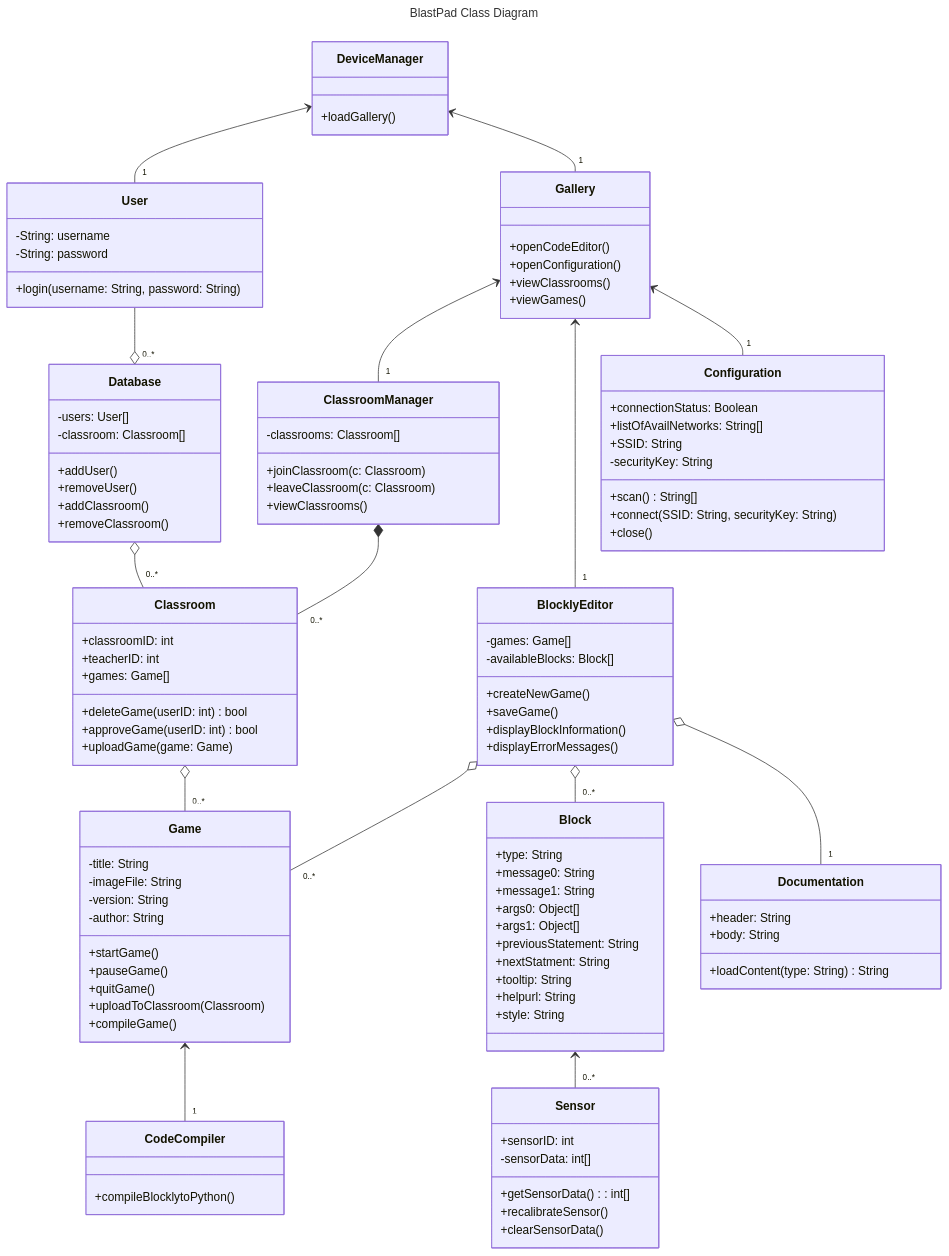
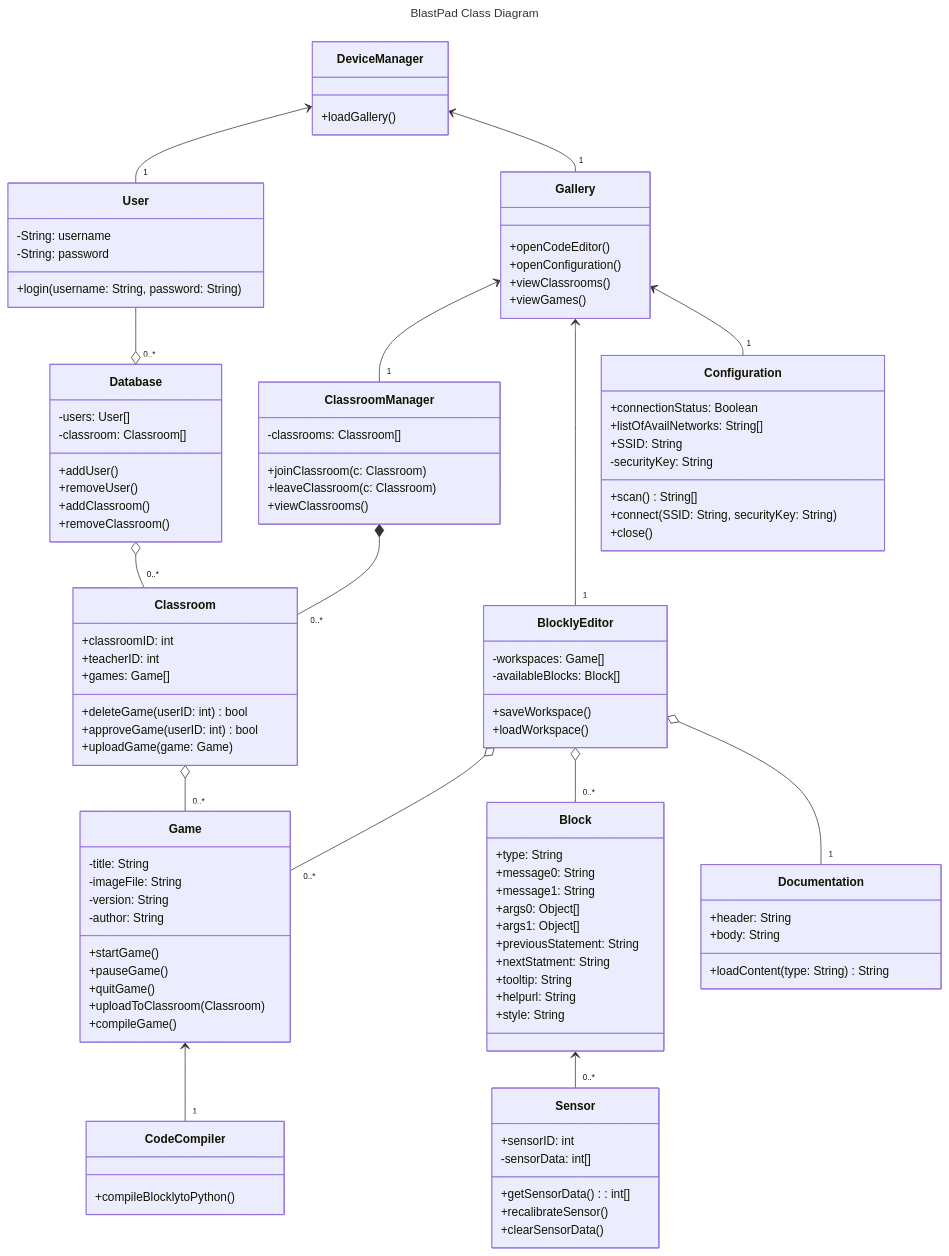
The first of 13 diagrams in documentation/docs/system-architecture/design.md (Capstone-Projects-2024-Spring/project-blastpad), drawn with Mermaid before and after one commit. The commit also changed 2 other files, not shown here.

Commit message:
Unit Tests, Integration Tests Pseudocode

```diff
--- a/documentation/docs/system-architecture/design.md
+++ b/documentation/docs/system-architecture/design.md
@@ -39,13 +39,11 @@
 		+compileGame()
     }
     class BlocklyEditor{
-        -games: Game[]
+        -workspaces: Game[]
 		-availableBlocks: Block[]
 		
-		+createNewGame()
-		+saveGame()
-		+displayBlockInformation()
-		+displayErrorMessages()
+		+saveWorkspace()
+		+loadWorkspace()
     }
     class Block {
         +type: String
```
